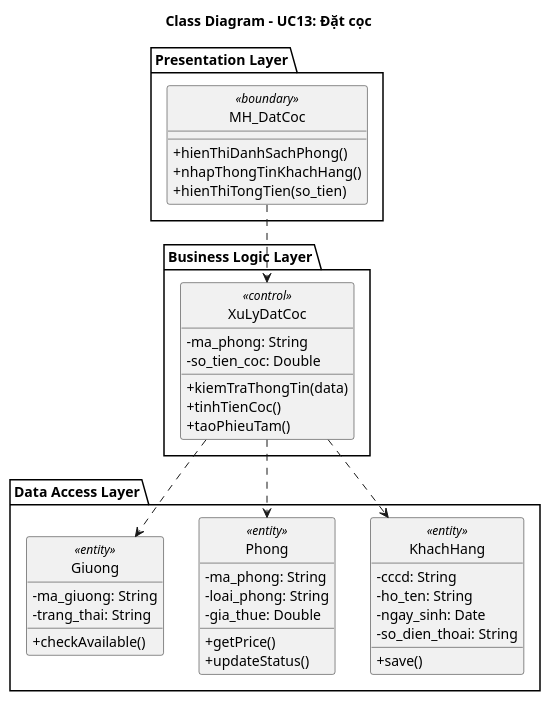
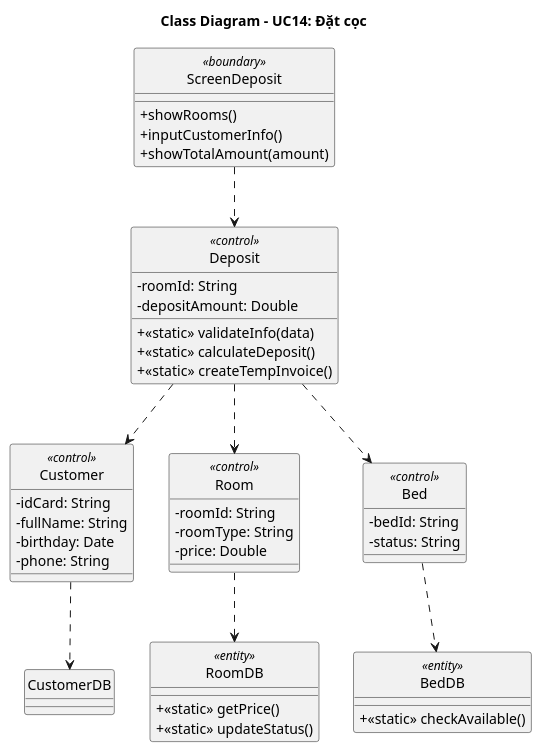
One commit to Gnourt812005/HCMUS-Analyze-and-desgin-IS changed the diagram in doc/system/dat_coc/dat_coc_class.wsd. Above: the diagram before and after it, drawn with PlantUML. The commit also changed 48 other files, not shown here.

Commit message:
sys-uc: align format diagram

```diff
--- a/doc/system/dat_coc/dat_coc_class.wsd
+++ b/doc/system/dat_coc/dat_coc_class.wsd
@@ -1,51 +1,57 @@
-@startuml
+@startuml DatCoc_ClassDiagram
 skinparam classAttributeIconSize 0
 skinparam style strictuml
-title Class Diagram - UC13: Đặt cọc
+title Class Diagram - UC14: Đặt cọc
 
-package "Presentation Layer" {
-    class "MH_DatCoc" <<boundary>> {
-        + hienThiDanhSachPhong()
-        + nhapThongTinKhachHang()
-        + hienThiTongTien(so_tien)
-    }
+' --- BOUNDARY LAYER ---
+class "ScreenDeposit" as ScreenDeposit <<boundary>> {
+    + showRooms()
+    + inputCustomerInfo()
+    + showTotalAmount(amount)
 }
 
-package "Business Logic Layer" {
-    class "XuLyDatCoc" <<control>> {
-        - ma_phong: String
-        - so_tien_coc: Double
-        + kiemTraThongTin(data)
-        + tinhTienCoc()
-        + taoPhieuTam()
-    }
+' --- BUSINESS LAYER ---
+class "Customer" as Customer <<control>> {
+    - idCard: String
+    - fullName: String
+    - birthday: Date
+    - phone: String
 }
 
-package "Data Access Layer" {
-    class "KhachHang" <<entity>> {
-        - cccd: String
-        - ho_ten: String
-        - ngay_sinh: Date
-        - so_dien_thoai: String
-        + save()
-    }
-    class "Phong" <<entity>> {
-        - ma_phong: String
-        - loai_phong: String
-        - gia_thue: Double
-        + getPrice()
-        + updateStatus()
-    }
-    class "Giuong" <<entity>> {
-        - ma_giuong: String
-        - trang_thai: String
-        + checkAvailable()
-    }
+class "Room" as Room <<control>> {
+    - roomId: String
+    - roomType: String
+    - price: Double
 }
 
-"MH_DatCoc" ..> "XuLyDatCoc"
-"XuLyDatCoc" ..> "KhachHang"
-"XuLyDatCoc" ..> "Phong"
-"XuLyDatCoc" ..> "Giuong"
+class "Bed" as Bed <<control>> {
+    - bedId: String
+    - status: String
+}
+
+class "Deposit" as Deposit <<control>> {
+    - roomId: String
+    - depositAmount: Double
+    + <<static>> validateInfo(data)
+    + <<static>> calculateDeposit()
+    + <<static>> createTempInvoice()
+}
+
+class "RoomDB" as RoomDB <<entity>> {
+    + <<static>> getPrice()
+    + <<static>> updateStatus()
+}
+
+class "BedDB" as BedDB <<entity>> {
+    + <<static>> checkAvailable()
+}
+
+"ScreenDeposit" ..> "Deposit"
+"Deposit" ..> "Customer"
+"Deposit" ..> "Room"
+"Deposit" ..> "Bed"
+"Customer" ..> "CustomerDB"
+"Room" ..> "RoomDB"
+"Bed" ..> "BedDB"
 
 @enduml
```
